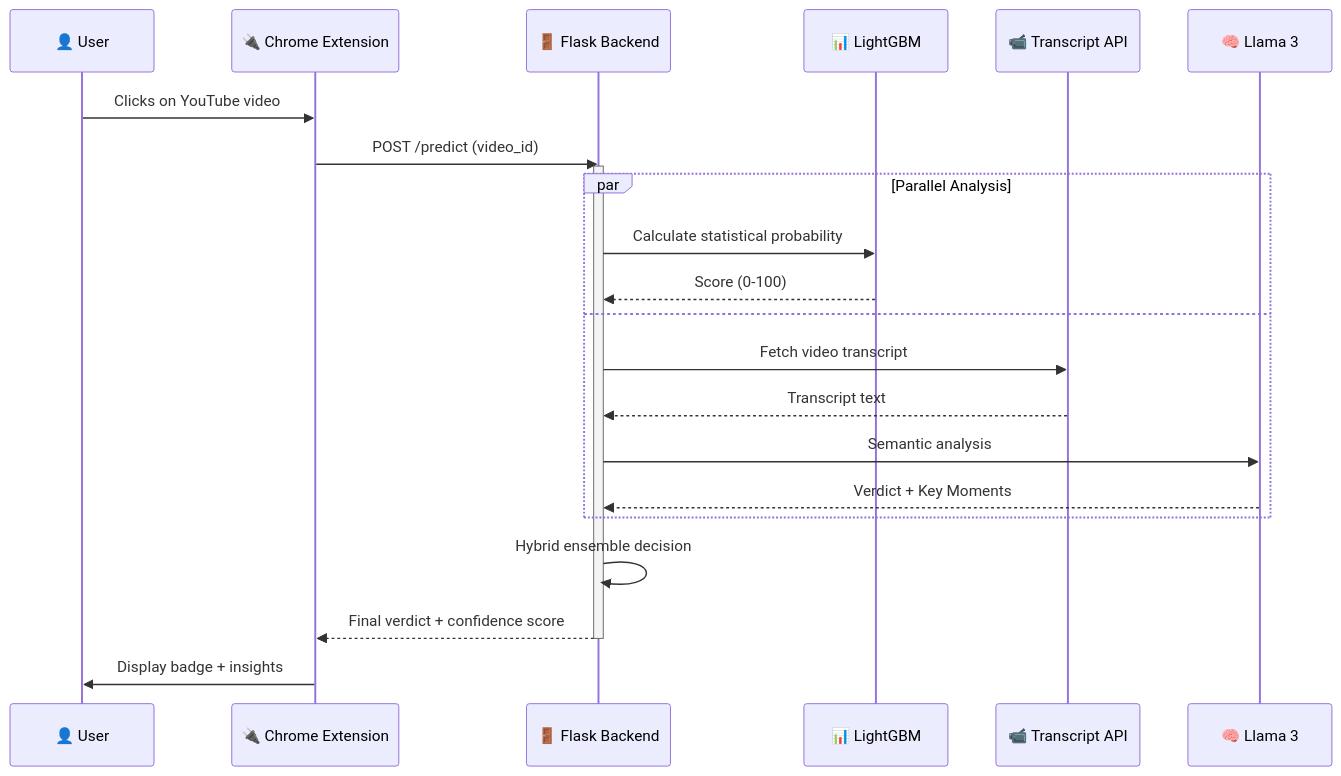
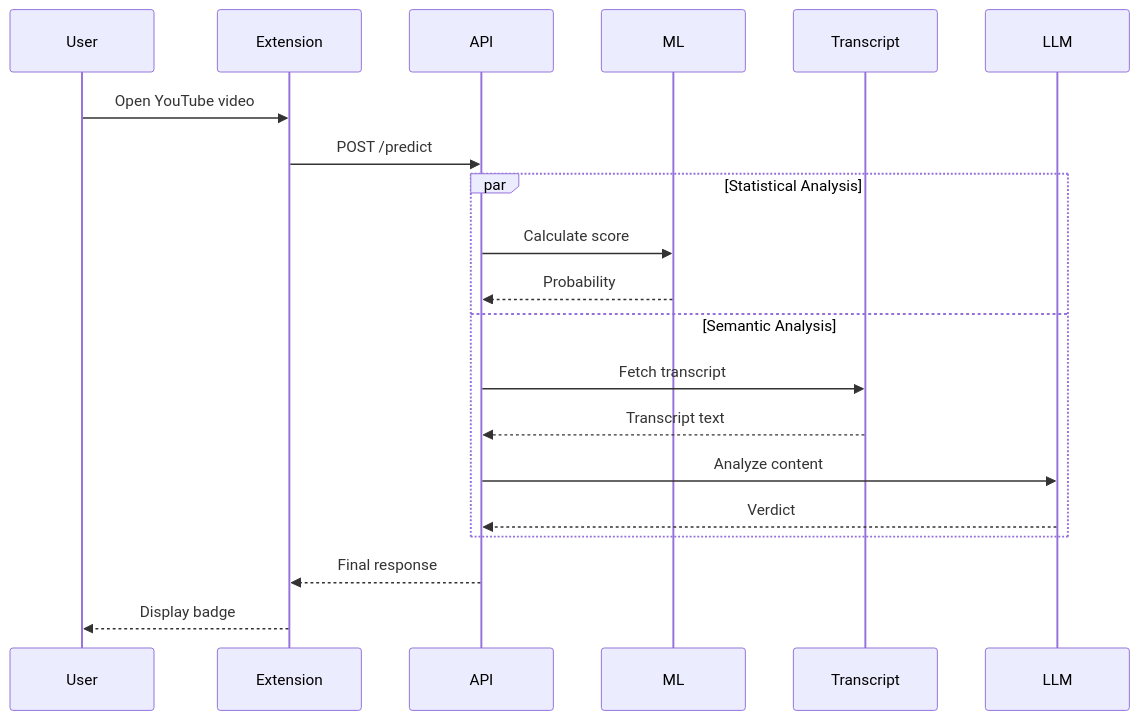
One commit to Harshal24-01/AntiClickbait changed the second of 3 diagrams in README.md. Above: the diagram before and after it, drawn with Mermaid. The commit also changed other lines of this file, not shown here.

````diff
--- a/README.md
+++ b/README.md
@@ -75,29 +80,26 @@
 ```mermaid
 sequenceDiagram
-    participant User as 👤 User
-    participant Ext as 🔌 Chrome Extension
-    participant API as 🚪 Flask Backend
-    participant ML as 📊 LightGBM
-    participant TR as 📹 Transcript API
-    participant LLM as 🧠 Llama 3
 
-    User->>Ext: Clicks on YouTube video
-    Ext->>API: POST /predict (video_id)
-    
-    activate API
-    par Parallel Analysis
-        API->>ML: Calculate statistical probability
-        ML-->>API: Score (0-100)
-    and
-        API->>TR: Fetch video transcript
-        TR-->>API: Transcript text
-        API->>LLM: Semantic analysis
-        LLM-->>API: Verdict + Key Moments
+    participant User
+    participant Extension
+    participant API
+    participant ML
+    participant Transcript
+    participant LLM
+
+    User->>Extension: Open YouTube video
+    Extension->>API: POST /predict
+
+    par Statistical Analysis
+        API->>ML: Calculate score
+        ML-->>API: Probability
+    and Semantic Analysis
+        API->>Transcript: Fetch transcript
+        Transcript-->>API: Transcript text
+        API->>LLM: Analyze content
+        LLM-->>API: Verdict
     end
-    
-    API->>API: Hybrid ensemble decision
-    API-->>Ext: Final verdict + confidence score
-    deactivate API
-    
-    Ext->>User: Display badge + insights
+
+    API-->>Extension: Final response
+    Extension-->>User: Display badge
 ```
````
